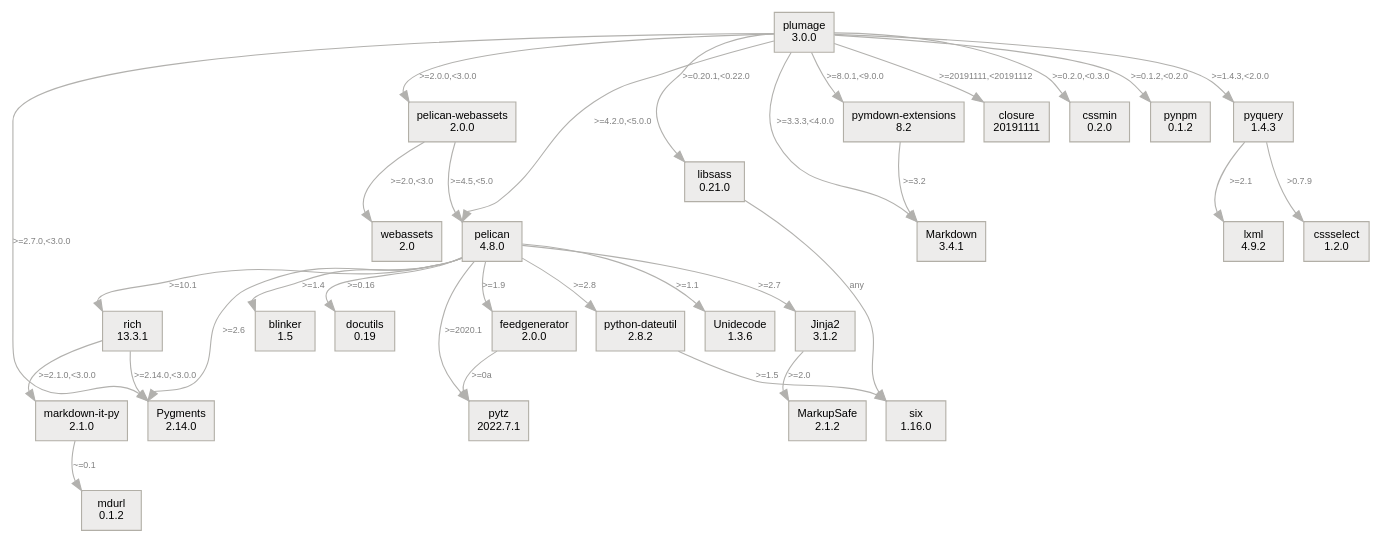
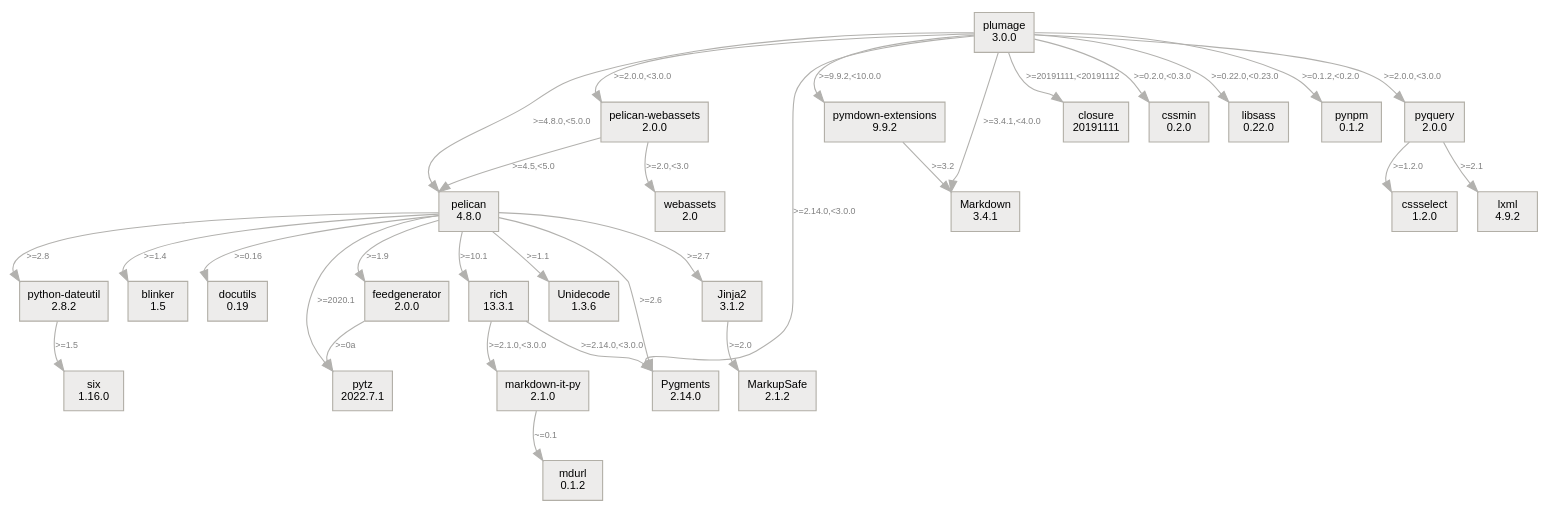
The diagram in docs/images/dependencies.dot (kdeldycke/plumage), drawn with Graphviz before and after one commit.

Commit message:
[autofix] Regenerate dependency graph

```diff
--- a/docs/images/dependencies.dot
+++ b/docs/images/dependencies.dot
@@ -1,75 +1,74 @@
 digraph {
     fontname="Helvetica,Arial,sans-serif"
                 node [
                     style=filled
                     shape=box
                     fontname="Helvetica,Arial,sans-serif"
                     fontsize=10
                     color="#b2afa7"
                     fillcolor="#edeceb"
                 ]
                 edge [
                     headport=nw
                     fontname="Helvetica,Arial,sans-serif"
                     fontsize=8
                     color="#b2b1ae"
                     fontcolor="#00000080"
                 ]
     "markdown-it-py" -> mdurl [label="~=0.1"]
     "markdown-it-py" [label="markdown-it-py\n2.1.0"]
     "pelican-webassets" -> pelican [label=">=4.5,<5.0"]
     "pelican-webassets" -> webassets [label=">=2.0,<3.0"]
     "pelican-webassets" [label="pelican-webassets\n2.0.0"]
     "pymdown-extensions" -> markdown [label=">=3.2"]
-    "pymdown-extensions" [label="pymdown-extensions\n8.2"]
+    "pymdown-extensions" [label="pymdown-extensions\n9.9.2"]
     "python-dateutil" -> six [label=">=1.5"]
     "python-dateutil" [label="python-dateutil\n2.8.2"]
     blinker [label="blinker\n1.5"]
     closure [label="closure\n20191111"]
     cssmin [label="cssmin\n0.2.0"]
     cssselect [label="cssselect\n1.2.0"]
     docutils [label="docutils\n0.19"]
     feedgenerator -> pytz [label=">=0a"]
     feedgenerator [label="feedgenerator\n2.0.0"]
     jinja2 -> markupsafe [label=">=2.0"]
     jinja2 [label="Jinja2\n3.1.2"]
-    libsass -> six [label=any]
-    libsass [label="libsass\n0.21.0"]
+    libsass [label="libsass\n0.22.0"]
     lxml [label="lxml\n4.9.2"]
     markdown [label="Markdown\n3.4.1"]
     markupsafe [label="MarkupSafe\n2.1.2"]
     mdurl [label="mdurl\n0.1.2"]
     pelican -> "python-dateutil" [label=">=2.8"]
     pelican -> blinker [label=">=1.4"]
     pelican -> docutils [label=">=0.16"]
     pelican -> feedgenerator [label=">=1.9"]
     pelican -> jinja2 [label=">=2.7"]
     pelican -> pygments [label=">=2.6"]
     pelican -> pytz [label=">=2020.1"]
     pelican -> rich [label=">=10.1"]
     pelican -> unidecode [label=">=1.1"]
     pelican [label="pelican\n4.8.0"]
     plumage -> "pelican-webassets" [label=">=2.0.0,<3.0.0"]
-    plumage -> "pymdown-extensions" [label=">=8.0.1,<9.0.0"]
+    plumage -> "pymdown-extensions" [label=">=9.9.2,<10.0.0"]
     plumage -> closure [label=">=20191111,<20191112"]
     plumage -> cssmin [label=">=0.2.0,<0.3.0"]
-    plumage -> libsass [label=">=0.20.1,<0.22.0"]
-    plumage -> markdown [label=">=3.3.3,<4.0.0"]
-    plumage -> pelican [label=">=4.2.0,<5.0.0"]
-    plumage -> pygments [label=">=2.7.0,<3.0.0"]
+    plumage -> libsass [label=">=0.22.0,<0.23.0"]
+    plumage -> markdown [label=">=3.4.1,<4.0.0"]
+    plumage -> pelican [label=">=4.8.0,<5.0.0"]
+    plumage -> pygments [label=">=2.14.0,<3.0.0"]
     plumage -> pynpm [label=">=0.1.2,<0.2.0"]
-    plumage -> pyquery [label=">=1.4.3,<2.0.0"]
+    plumage -> pyquery [label=">=2.0.0,<3.0.0"]
     plumage [label="plumage\n3.0.0"]
     pygments [label="Pygments\n2.14.0"]
     pynpm [label="pynpm\n0.1.2"]
-    pyquery -> cssselect [label=">0.7.9"]
+    pyquery -> cssselect [label=">=1.2.0"]
     pyquery -> lxml [label=">=2.1"]
-    pyquery [label="pyquery\n1.4.3"]
+    pyquery [label="pyquery\n2.0.0"]
     pytz [label="pytz\n2022.7.1"]
     rich -> "markdown-it-py" [label=">=2.1.0,<3.0.0"]
     rich -> pygments [label=">=2.14.0,<3.0.0"]
     rich [label="rich\n13.3.1"]
     six [label="six\n1.16.0"]
     unidecode [label="Unidecode\n1.3.6"]
     webassets [label="webassets\n2.0"]
 }
```
